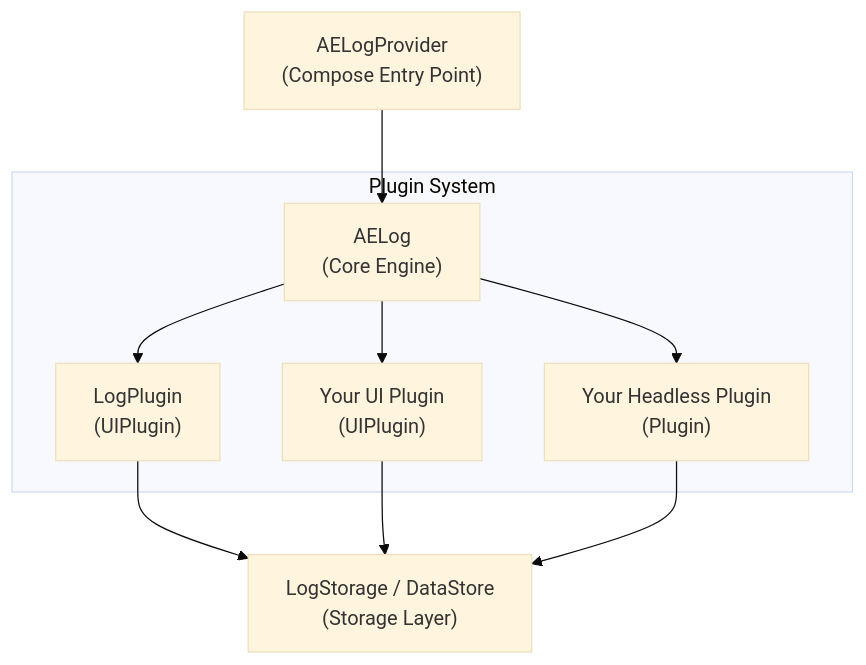
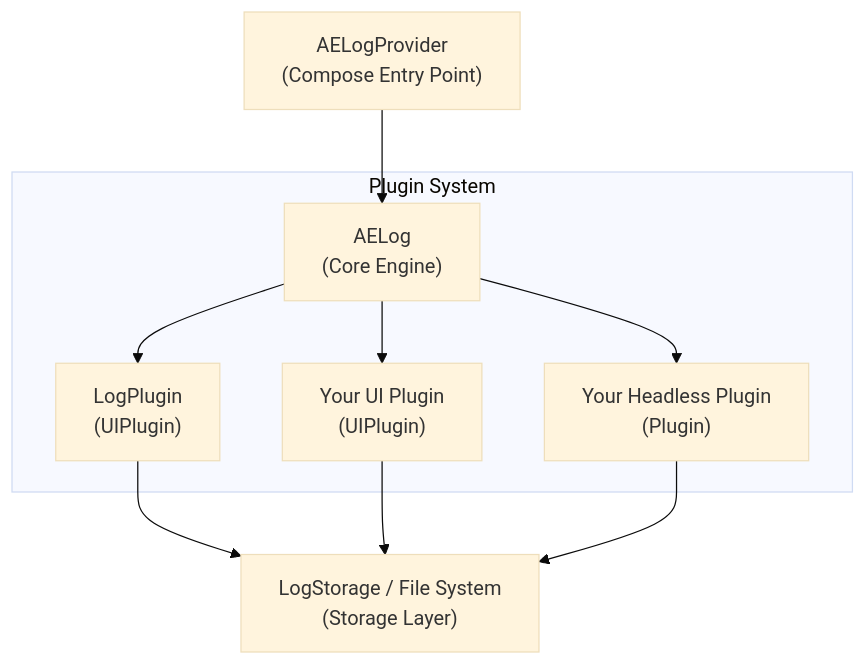
The diagram in CONTRIBUTING.md (abdo-essam/AELog), drawn with Mermaid (base theme) before and after one commit. The commit also changed 3 other files, not shown here.

````diff
--- a/CONTRIBUTING.md
+++ b/CONTRIBUTING.md
@@ -110,14 +110,14 @@
 ```mermaid
 flowchart TD
     AELogProvider["AELogProvider<br>(Compose Entry Point)"] --> AELog["AELog<br>(Core Engine)"]
     
     subgraph Plugins ["Plugin System"]
         AELog --> LogPlugin["LogPlugin<br>(UIPlugin)"]
         AELog --> CustomPlugin["Your UI Plugin<br>(UIPlugin)"]
         AELog --> HeadlessPlugin["Your Headless Plugin<br>(Plugin)"]
     end
     
-    LogPlugin --> Storage["LogStorage / DataStore<br>(Storage Layer)"]
+    LogPlugin --> Storage["LogStorage / File System<br>(Storage Layer)"]
     CustomPlugin --> Storage
     HeadlessPlugin --> Storage
 ```
````
